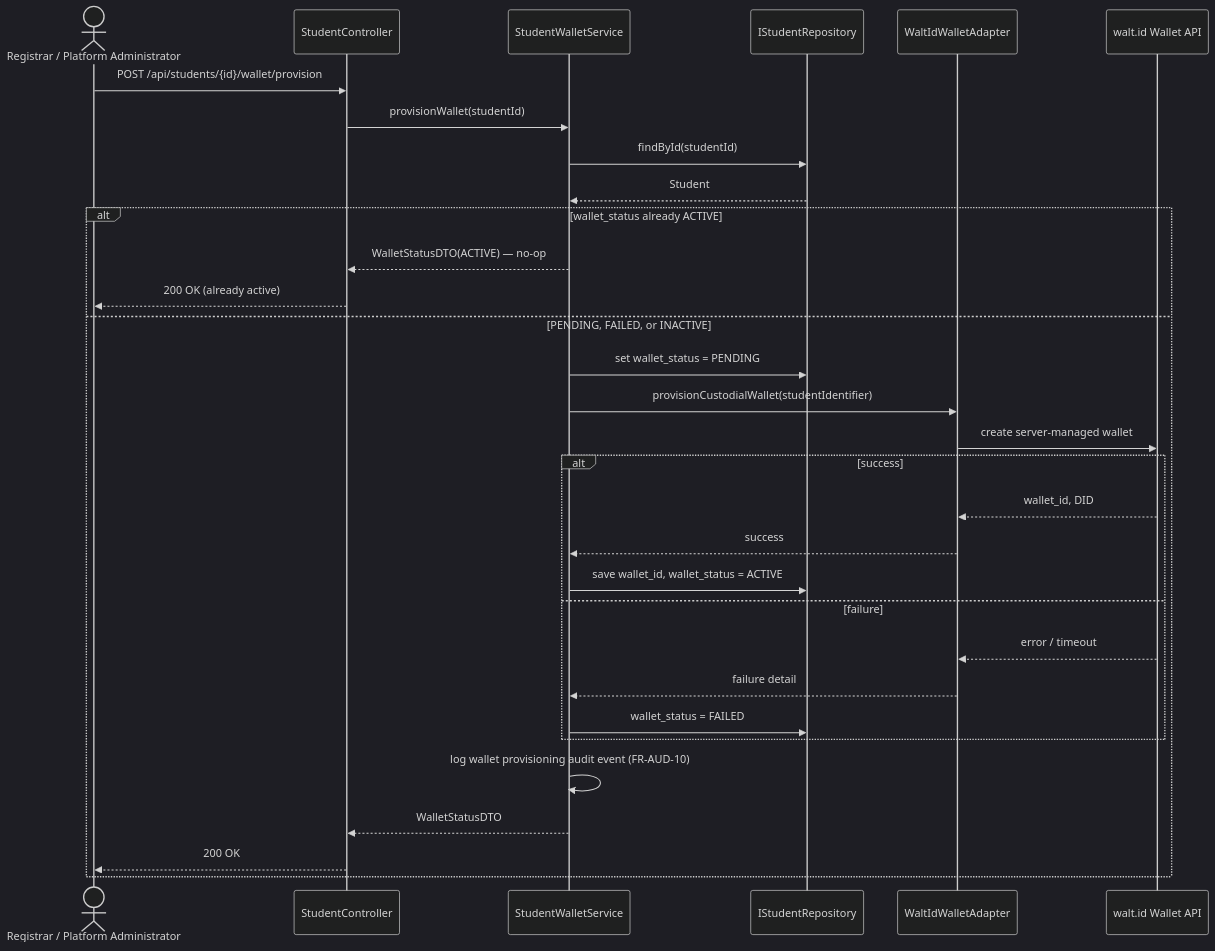
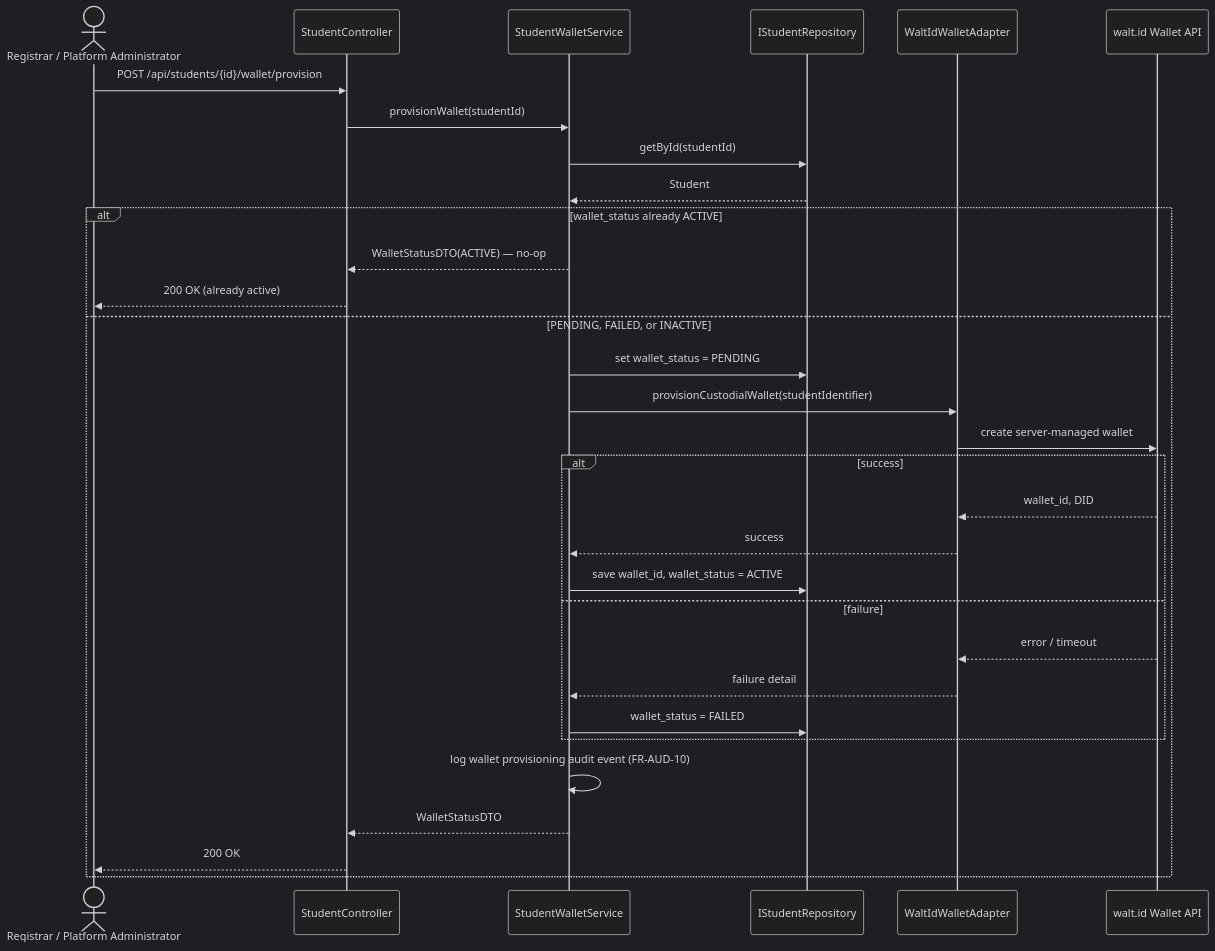
One commit to huypengin/UniDipVeri changed the fourth of 15 diagrams in docs/03-design/Sequence_Diagram.md. Above: the diagram before and after it, drawn with Mermaid (dark theme). The commit also changed other lines of this file and 15 other files, not shown here.

````diff
--- a/docs/03-design/Sequence_Diagram.md
+++ b/docs/03-design/Sequence_Diagram.md
@@ -155,37 +155,37 @@
 ```mermaid
 sequenceDiagram
     actor Staff as Registrar / Platform Administrator
     participant STC as StudentController
     participant WS as StudentWalletService
     participant SRepo as IStudentRepository
     participant WA as WaltIdWalletAdapter
     participant Walt as walt.id Wallet API
 
     Staff->>STC: POST /api/students/{id}/wallet/provision
     STC->>WS: provisionWallet(studentId)
-    WS->>SRepo: findById(studentId)
+    WS->>SRepo: getById(studentId)
     SRepo-->>WS: Student
 
     alt wallet_status already ACTIVE
         WS-->>STC: WalletStatusDTO(ACTIVE) — no-op
         STC-->>Staff: 200 OK (already active)
     else PENDING, FAILED, or INACTIVE
         WS->>SRepo: set wallet_status = PENDING
         WS->>WA: provisionCustodialWallet(studentIdentifier)
         WA->>Walt: create server-managed wallet
 
         alt success
             Walt-->>WA: wallet_id, DID
             WA-->>WS: success
             WS->>SRepo: save wallet_id, wallet_status = ACTIVE
         else failure
             Walt-->>WA: error / timeout
             WA-->>WS: failure detail
             WS->>SRepo: wallet_status = FAILED
         end
 
         WS->>WS: log wallet provisioning audit event (FR-AUD-10)
         WS-->>STC: WalletStatusDTO
         STC-->>Staff: 200 OK
     end
 ```
````
